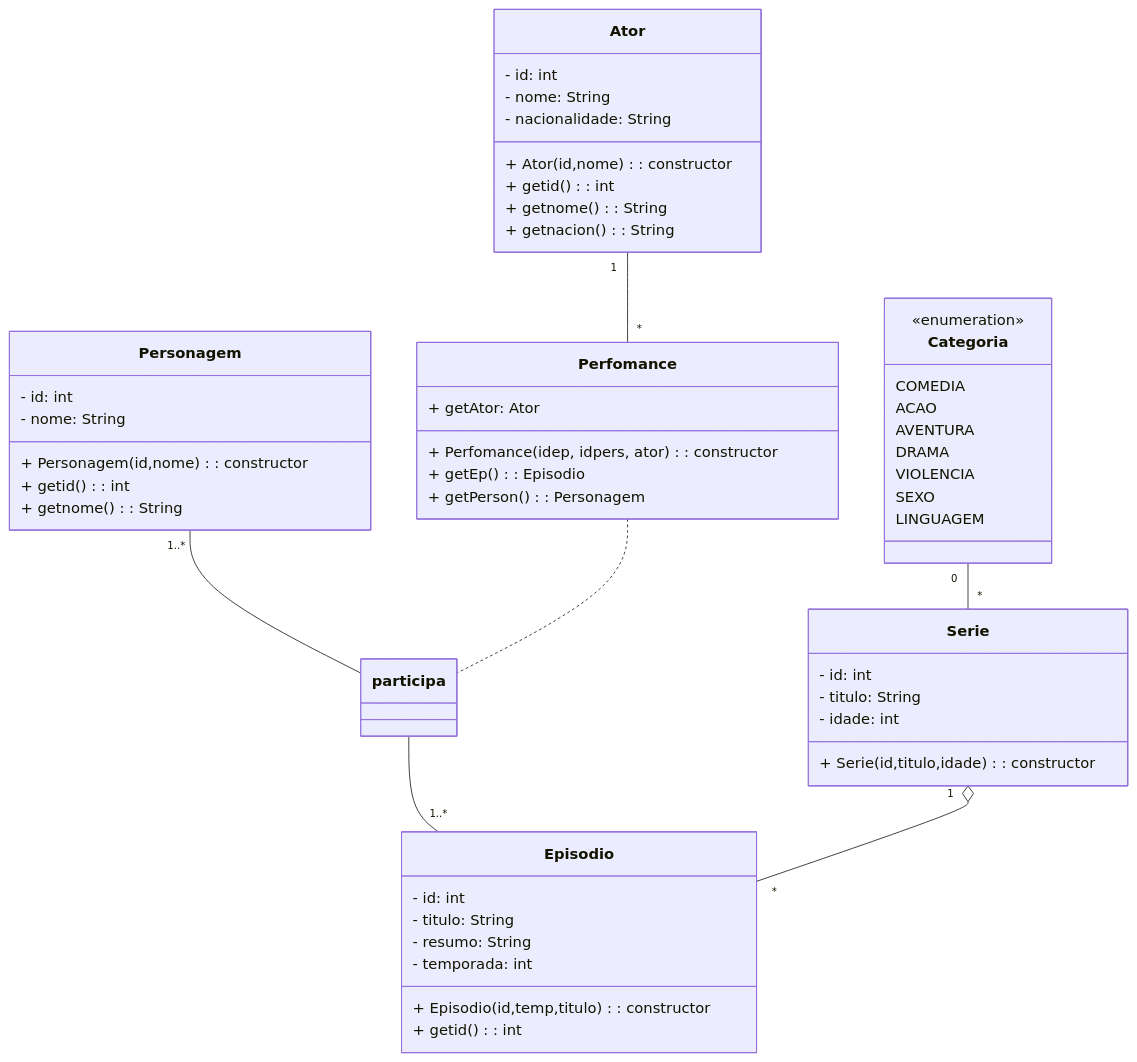
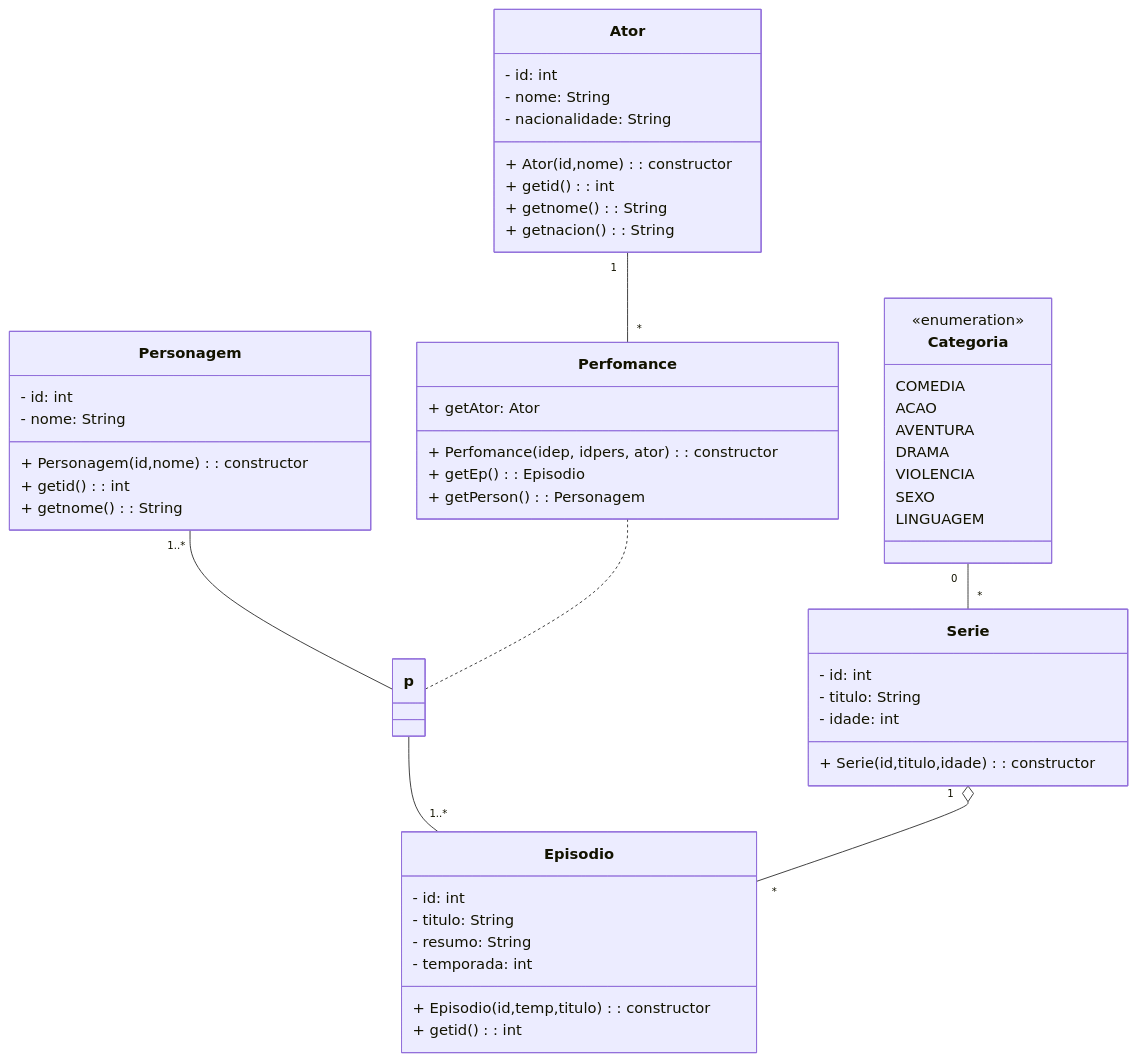
The diagram in README.md (jramso/poo-JAVA-IFES), drawn with Mermaid before and after one commit.

Commit message:
📃 docs(Update readme): readme
Projeto de Exceções completo, atualizando o readme

FIX: Testando o mermaid

````diff
--- a/README.md
+++ b/README.md
@@ -51,67 +51,67 @@
 ```mermaid
 
     classDiagram
     
     class Personagem{
         - id: int
         - nome: String
         + Personagem(id,nome): constructor
         + getid(): int
         + getnome(): String
     }
 
     class Episodio{
         - id: int
         - titulo: String
         - resumo: String
         - temporada: int
         + Episodio(id,temp,titulo): constructor
         + getid(): int
     }
 
 
     class Serie{
         - id: int
         - titulo: String
         - idade: int
         + Serie(id,titulo,idade): constructor
     }
 
     class Perfomance{
         + Perfomance(idep, idpers, ator): constructor
         + getEp(): Episodio
         + getPerson(): Personagem
         + getAtor: Ator
     }
 
     class Categoria{
         <<enumeration>>
         COMEDIA
         ACAO
         AVENTURA
         DRAMA
         VIOLENCIA
         SEXO
         LINGUAGEM
     }
 
     class Ator{
         - id: int
         - nome: String
         - nacionalidade: String
         + Ator(id,nome): constructor
         + getid(): int
         + getnome(): String
         + getnacion(): String
     }
 
 
 
-    Personagem "1..*" -- participa 
-    participa -- "1..*" Episodio
+    Personagem "1..*" -- p 
+    p -- "1..*" Episodio
     Serie "1" o-- "*" Episodio
     Categoria "0"  -- "*" Serie
     Ator "1" -- "*" Perfomance
-    Perfomance .. participa
+    Perfomance .. p
 
 ```
````
